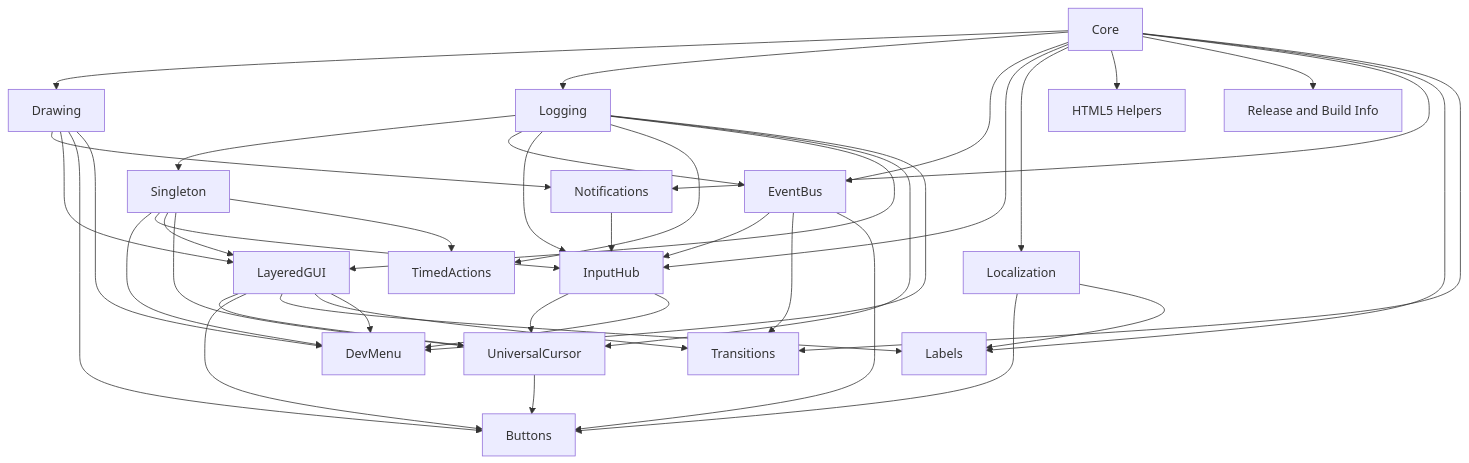
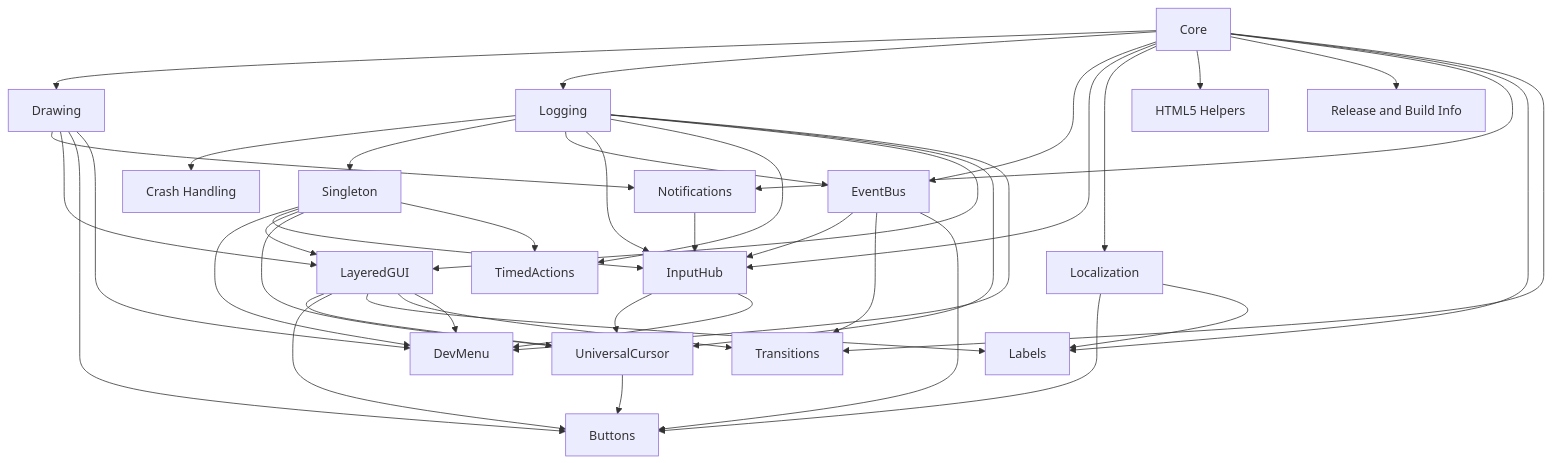
One commit to edcasillas/gamemaker-common-utils changed the diagram in README.md. Above: the diagram before and after it, drawn with Mermaid. The commit also changed other lines of this file and 5 other files, not shown here.

Commit message:
crash handling

````diff
--- a/README.md
+++ b/README.md
@@ -52,46 +53,48 @@
 ```mermaid
 flowchart TD
     Core --> Drawing
     Core --> Logging
+    Logging --> CrashHandling
     Core --> EventBus
     Core --> InputHub
     Core --> Localization
     Core --> HTML5
     Core --> ReleaseBuild
     Core --> Notifications
     Core --> Labels
     Core --> Transitions
     Drawing --> Notifications
     Drawing --> LayeredGUI
     Logging --> Singleton
     Logging --> EventBus
     Logging --> InputHub
     Logging --> TimedActions
     Logging --> LayeredGUI
     Logging --> UniversalCursor
     Logging --> DevMenu
     EventBus --> InputHub
     EventBus --> Transitions
     EventBus --> Buttons
     Notifications --> InputHub
     LayeredGUI --> UniversalCursor
     LayeredGUI --> Buttons
     LayeredGUI --> Labels
     LayeredGUI --> Transitions
     LayeredGUI --> DevMenu
     InputHub --> UniversalCursor
     InputHub --> DevMenu
     UniversalCursor --> Buttons
     Localization --> Buttons
     Localization --> Labels
     Drawing --> Buttons
     Drawing --> DevMenu
     Singleton --> DevMenu
     Singleton --> InputHub
     Singleton --> LayeredGUI
     Singleton --> UniversalCursor
     Singleton --> TimedActions
 
     HTML5[HTML5 Helpers]
+    CrashHandling[Crash Handling]
     ReleaseBuild[Release and Build Info]
 ```
````
